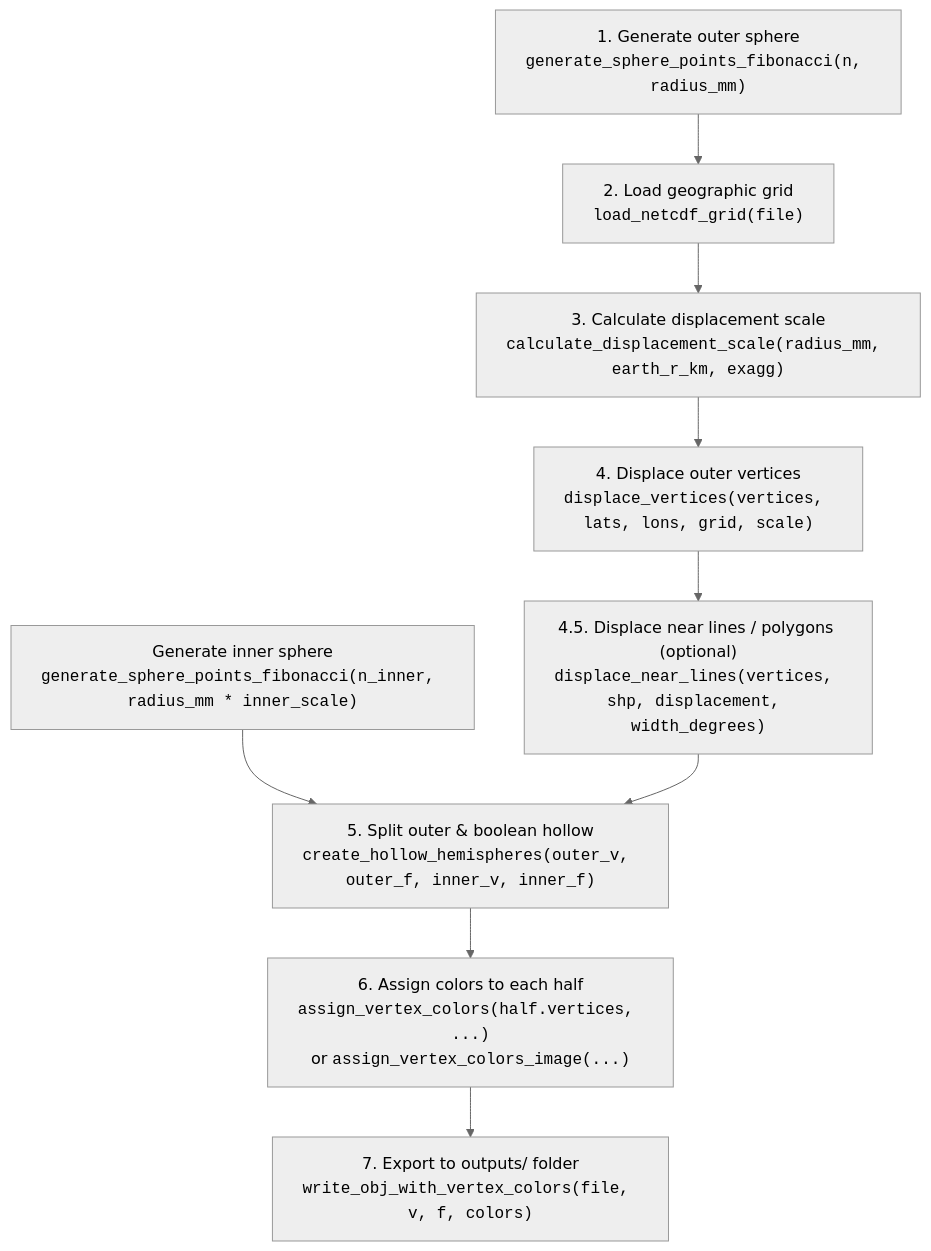
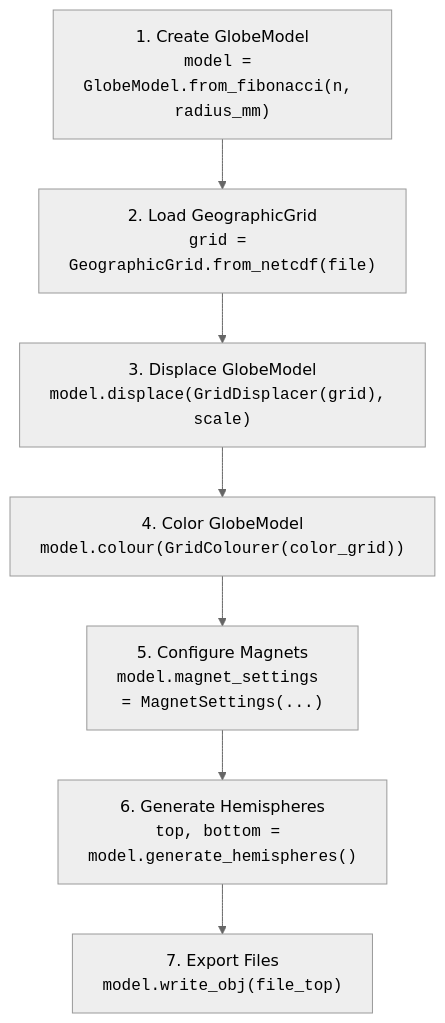
One commit to jeffwinterbourne/3D_globes changed the second of 2 diagrams in DEVELOPER_GUIDE.md. Above: the diagram before and after it, drawn with Mermaid (neutral theme). The commit also changed other lines of this file and 16 other files, not shown here.

````diff
--- a/DEVELOPER_GUIDE.md
+++ b/DEVELOPER_GUIDE.md
@@ -354,19 +294,10 @@
 ```mermaid
 flowchart TD
-    A["1. Generate outer sphere<br/><code>generate_sphere_points_fibonacci(n, radius_mm)</code>"] --> B
-    A2["Generate inner sphere<br/><code>generate_sphere_points_fibonacci(n_inner, radius_mm * inner_scale)</code>"] --> F
-
-    B["2. Load geographic grid<br/><code>load_netcdf_grid(file)</code>"] --> C
-
-    C["3. Calculate displacement scale<br/><code>calculate_displacement_scale(radius_mm, earth_r_km, exagg)</code>"] --> D
-
-    D["4. Displace outer vertices<br/><code>displace_vertices(vertices, lats, lons, grid, scale)</code>"] --> E
-
-    E["4.5. Displace near lines / polygons (optional)<br/><code>displace_near_lines(vertices, shp, displacement, width_degrees)</code>"] --> F
-
-    F["5. Split outer & boolean hollow<br/><code>create_hollow_hemispheres(outer_v, outer_f, inner_v, inner_f)</code>"] --> G
-
-    G["6. Assign colors to each half<br/><code>assign_vertex_colors(half.vertices, ...)</code><br/>or <code>assign_vertex_colors_image(...)</code>"] --> H
-
-    H["7. Export to outputs/ folder<br/><code>write_obj_with_vertex_colors(file, v, f, colors)</code>"]
+    A["1. Create GlobeModel<br/><code>model = GlobeModel.from_fibonacci(n, radius_mm)</code>"] --> B
+    B["2. Load GeographicGrid<br/><code>grid = GeographicGrid.from_netcdf(file)</code>"] --> C
+    C["3. Displace GlobeModel<br/><code>model.displace(GridDisplacer(grid), scale)</code>"] --> D
+    D["4. Color GlobeModel<br/><code>model.colour(GridColourer(color_grid))</code>"] --> E
+    E["5. Configure Magnets<br/><code>model.magnet_settings = MagnetSettings(...)</code>"] --> F
+    F["6. Generate Hemispheres<br/><code>top, bottom = model.generate_hemispheres()</code>"] --> G
+    G["7. Export Files<br/><code>model.write_obj(file_top)</code>"]
 ```
````
